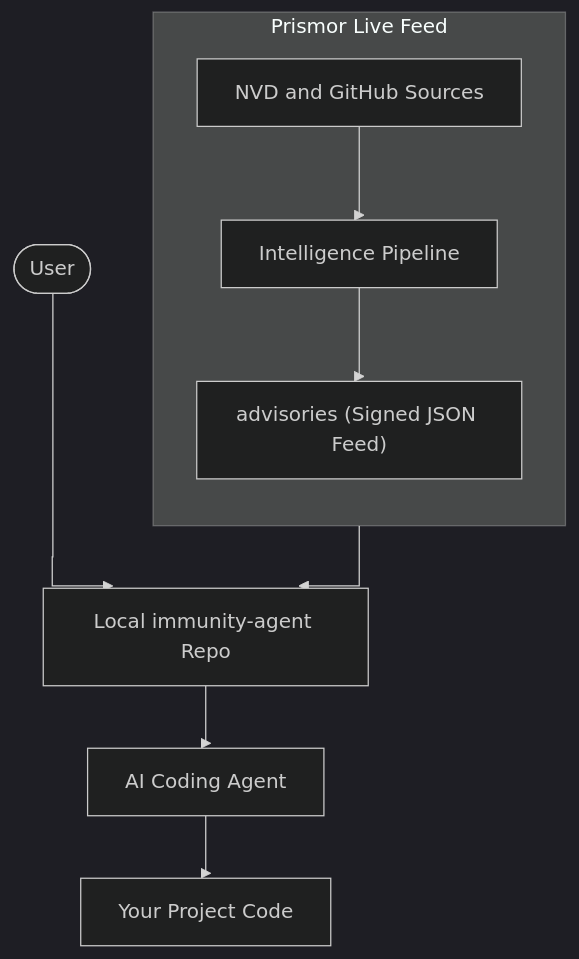
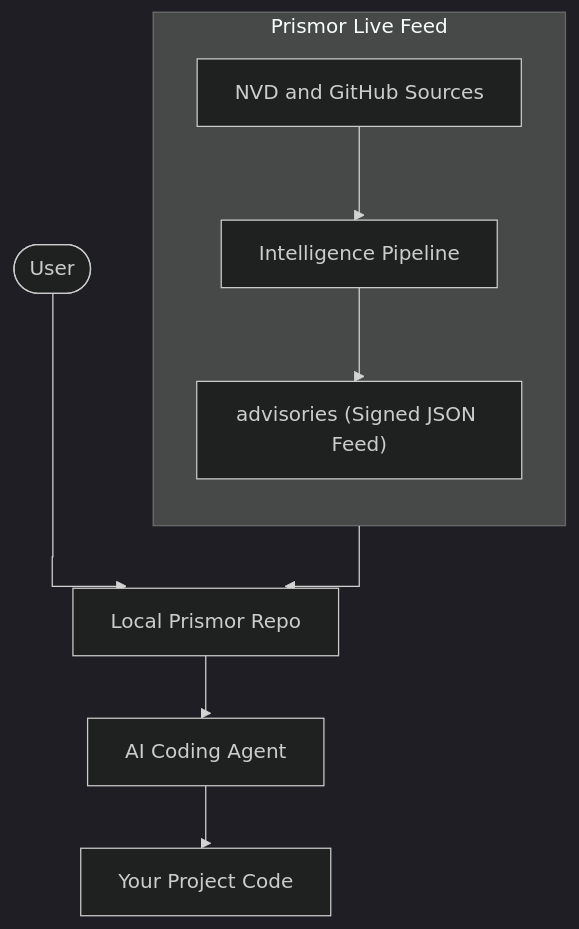
The diagram in README.md (Priyansh10ff/immunity-agent), drawn with Mermaid (dark theme) before and after one commit. The commit also changed other lines of this file and 3 other files, not shown here.

````diff
--- a/README.md
+++ b/README.md
@@ -29,14 +29,14 @@
 ```mermaid
 %%{init: {"flowchart": {"curve": "stepBefore"}}}%%
 flowchart TD
     subgraph PR["Prismor Live Feed"]
         direction TB
         S["NVD and GitHub Sources"] --> P["Intelligence Pipeline"]
         P --> F["advisories (Signed JSON Feed)"]
     end
 
-    U([User]) --> R["Local immunity-agent Repo"]
+    U([User]) --> R["Local Prismor Repo"]
     F --> R
     R --> A["AI Coding Agent"]
     A --> C["Your Project Code"]
 ```
````
